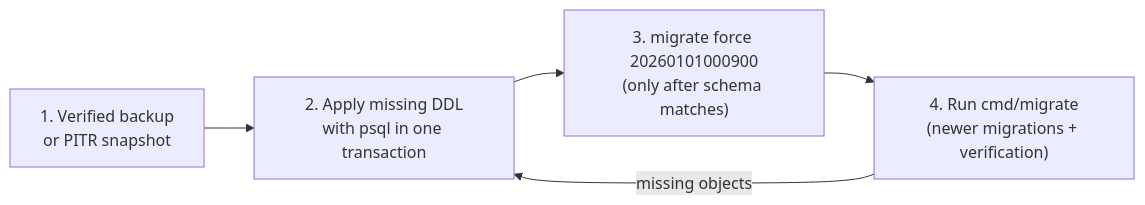
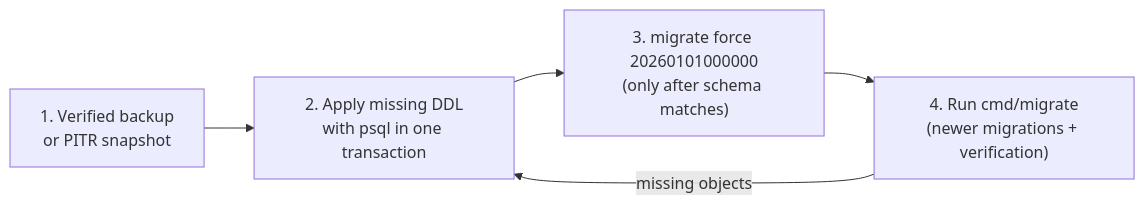
One commit to chuanghiduoc/fiber-golang-boilerplate changed the fourth of 7 diagrams in README.md. Above: the diagram before and after it, drawn with Mermaid. The commit also changed other lines of this file and 48 other files, not shown here.

First line of the commit message:
refactor(migrations): single init schema with owner sections (ADR 0012)

````diff
--- a/README.md
+++ b/README.md
@@ -301,7 +301,7 @@
 ```mermaid
 flowchart LR
     A["1. Verified backup<br/>or PITR snapshot"] --> B["2. Apply missing DDL<br/>with psql in one transaction"]
-    B --> C["3. migrate force 20260101000900<br/>(only after schema matches)"]
+    B --> C["3. migrate force 20260101000000<br/>(only after schema matches)"]
     C --> D["4. Run cmd/migrate<br/>(newer migrations + verification)"]
     D -->|missing objects| B
 ```
````
